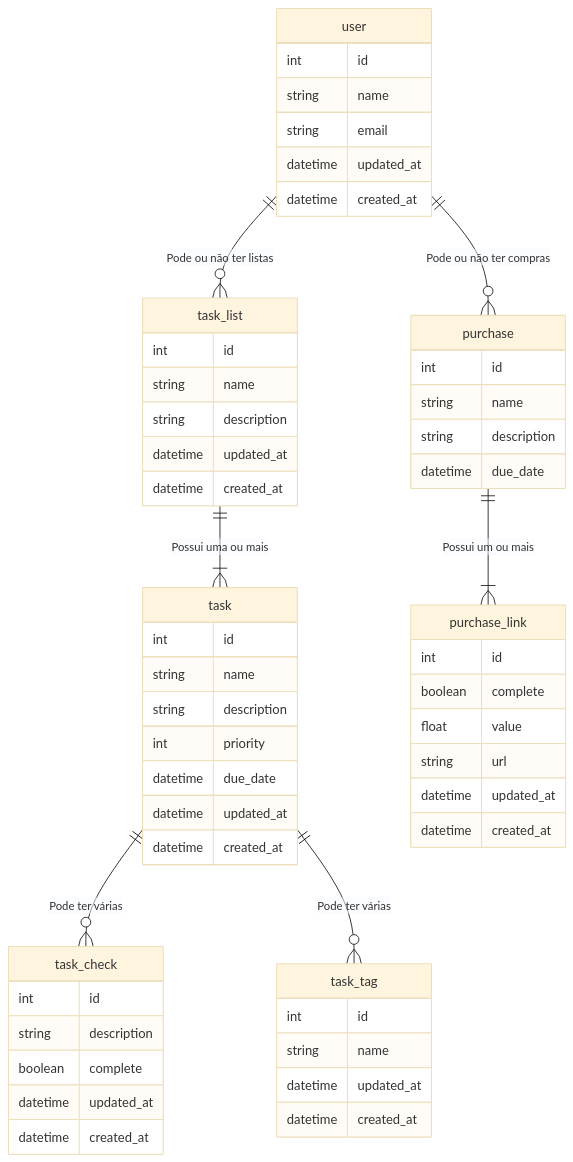
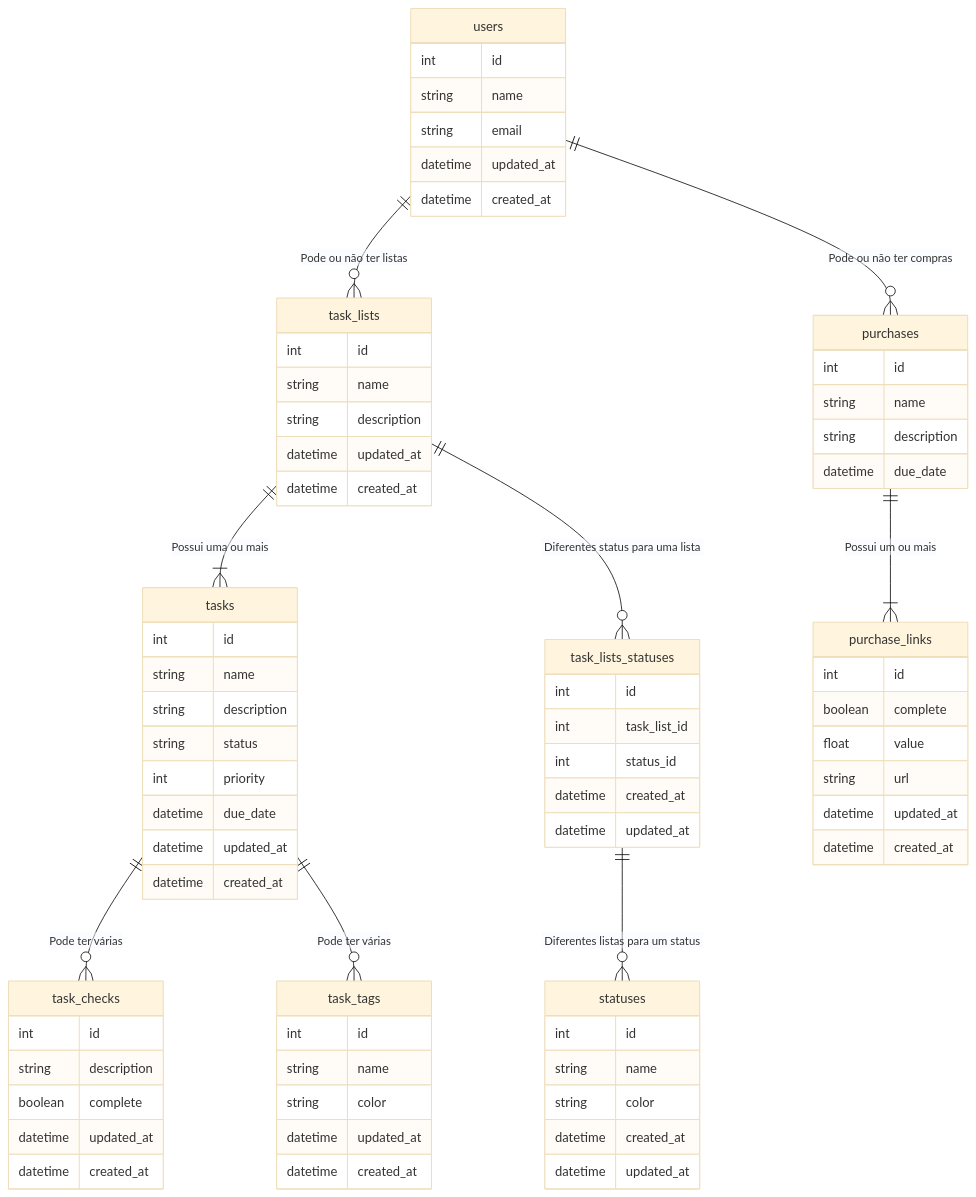
Before and after one commit to Joao-Pedro-P-Holanda/yatd: the diagram in README.md, drawn with Mermaid (base theme). The commit also changed other lines of this file, not shown here.

Commit message:
docs: added tools description and updated er diagram

````diff
--- a/README.md
+++ b/README.md
@@ -26,13 +33,15 @@
 ```mermaid
 erDiagram 
-    user ||--o{ task_list: "Pode ou não ter listas"
-    user ||--o{ purchase: "Pode ou não ter compras" 
-    task_list ||--|{ task : "Possui uma ou mais"
-    task ||--o{ task_check : "Pode ter várias"
-    task ||--o{ task_tag : "Pode ter várias"
-    purchase ||--|{ purchase_link : "Possui um ou mais" 
+    users ||--o{ task_lists: "Pode ou não ter listas"
+    users ||--o{ purchases: "Pode ou não ter compras" 
+    task_lists ||--|{ tasks : "Possui uma ou mais"
+    task_lists ||--o{ task_lists_statuses : "Diferentes status para uma lista"
+    task_lists_statuses ||--o{ statuses : "Diferentes listas para um status"
+    tasks ||--o{ task_checks : "Pode ter várias"
+    tasks ||--o{ task_tags : "Pode ter várias"
+    purchases ||--|{ purchase_links : "Possui um ou mais" 
 
-    user {
+    users {
         int id
         string name
         string email
@@ -40,30 +49,50 @@
         datetime created_at
     }
 
-    task_list {
+    task_lists {
         int id
         string name
         string description
         datetime updated_at
         datetime created_at
     }
-    task {
+    
+    
+    task_lists_statuses {
+        int id
+        int task_list_id
+        int status_id
+        datetime created_at
+        datetime updated_at
+    }
+    
+    statuses {
+        int id
+        string name
+        string color
+        datetime created_at
+        datetime updated_at
+    }
+
+    tasks {
         int id 
         string name
         string description
+        string status
         int priority
         datetime due_date
         datetime updated_at
         datetime created_at
     }
-    task_tag {
+    task_tags {
         int id
         string name
+        string color
         datetime updated_at
         datetime created_at
     }
 
-    task_check {
+    task_checks {
         int id
         string description
         boolean complete
@@ -71,14 +100,14 @@
         datetime created_at
     }
 
-    purchase {
+    purchases {
         int id 
         string name
         string description
         datetime due_date
     }
 
-    purchase_link {
+    purchase_links {
         int id 
         boolean complete
         float value
````
